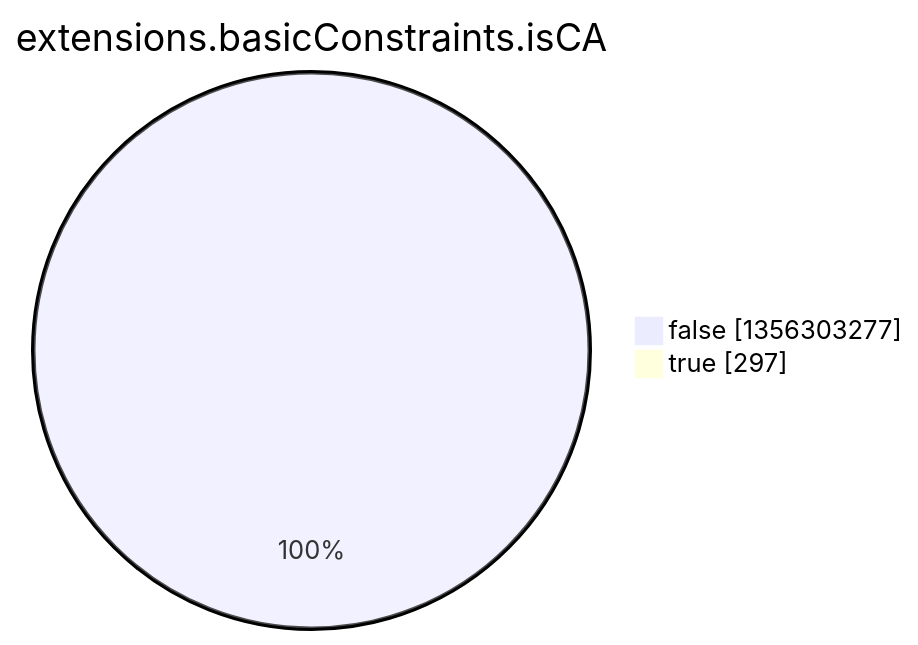
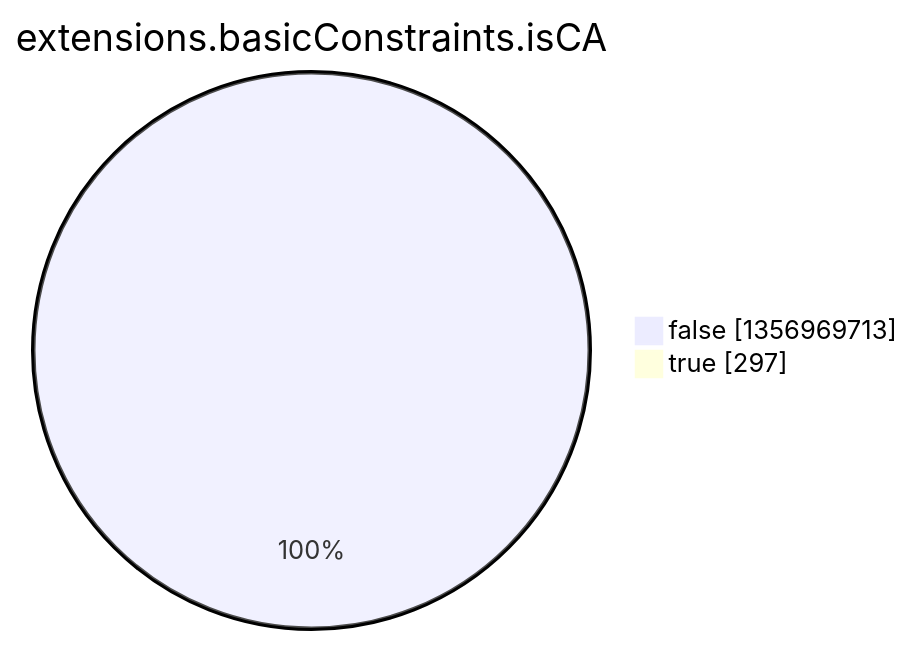
One commit to christiankrug/ctmonitor_visualization changed the eighth of 15 diagrams in argon2022/README.md. Above: the diagram before and after it, drawn with Mermaid. The commit also changed other lines of this file, not shown here.

````diff
--- a/argon2022/README.md
+++ b/argon2022/README.md
@@ -2758,6 +2758,6 @@
 ```mermaid
 pie showData
 title extensions.basicConstraints.isCA
-"false" :1356303277
+"false" :1356969713
 "true" :297
 ```
````
